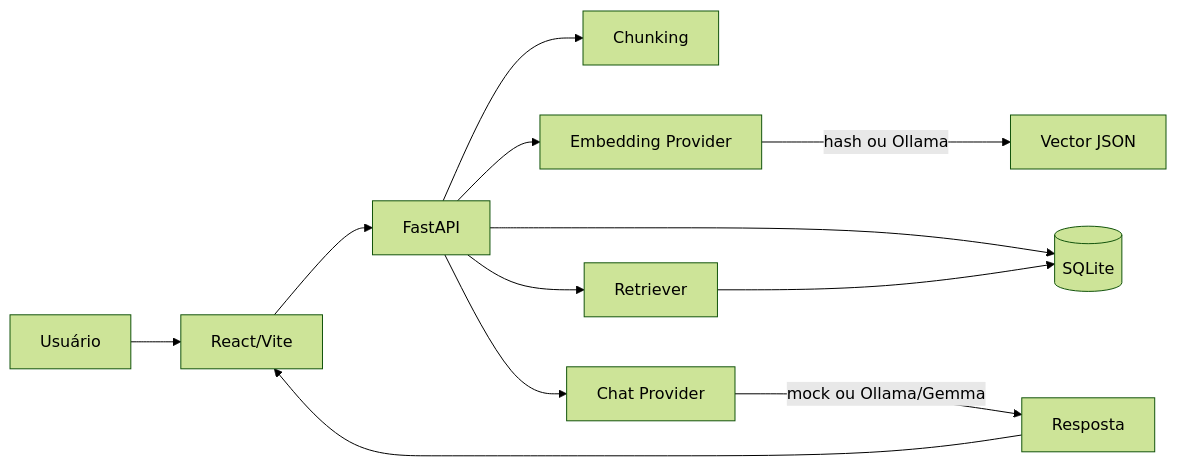
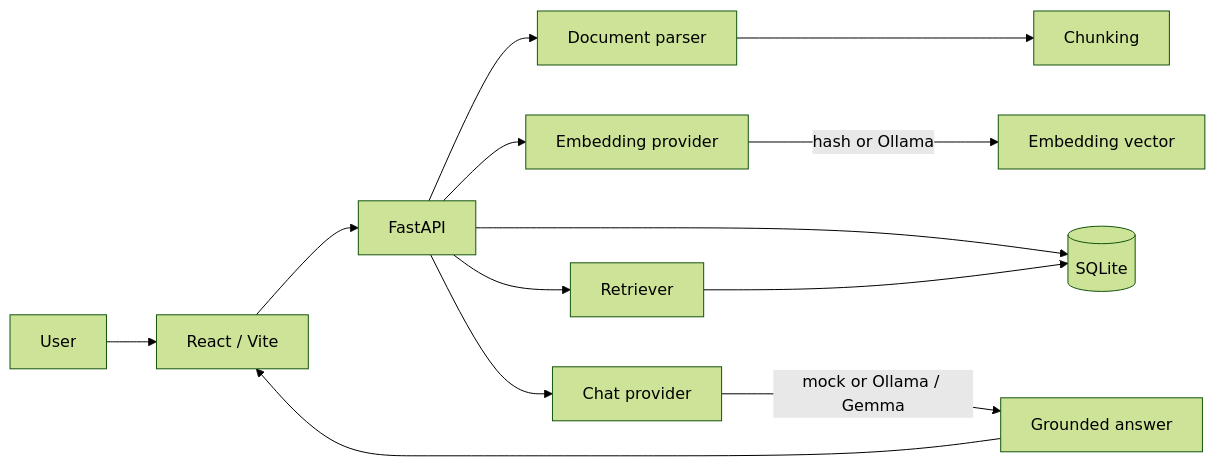
The diagram in docs/ARCHITECTURE.md (selvalabs/sialabs-local-rag), drawn with Mermaid (forest theme) before and after one commit. The commit also changed other lines of this file and 25 other files, not shown here.

````diff
--- a/docs/ARCHITECTURE.md
+++ b/docs/ARCHITECTURE.md
@@ -7,14 +7,15 @@
 ```mermaid
 flowchart LR
-  User[Usuário] --> UI[React/Vite]
+  User[User] --> UI[React / Vite]
   UI --> API[FastAPI]
-  API --> Chunker[Chunking]
-  API --> Embed[Embedding Provider]
-  Embed -->|hash ou Ollama| Vec[Vector JSON]
+  API --> Parser[Document parser]
+  Parser --> Chunker[Chunking]
+  API --> Embed[Embedding provider]
+  Embed -->|hash or Ollama| Vector[Embedding vector]
   API --> DB[(SQLite)]
   API --> Retriever[Retriever]
   Retriever --> DB
-  API --> LLM[Chat Provider]
-  LLM -->|mock ou Ollama/Gemma| Answer[Resposta]
+  API --> LLM[Chat provider]
+  LLM -->|mock or Ollama / Gemma| Answer[Grounded answer]
   Answer --> UI
 ```
````
